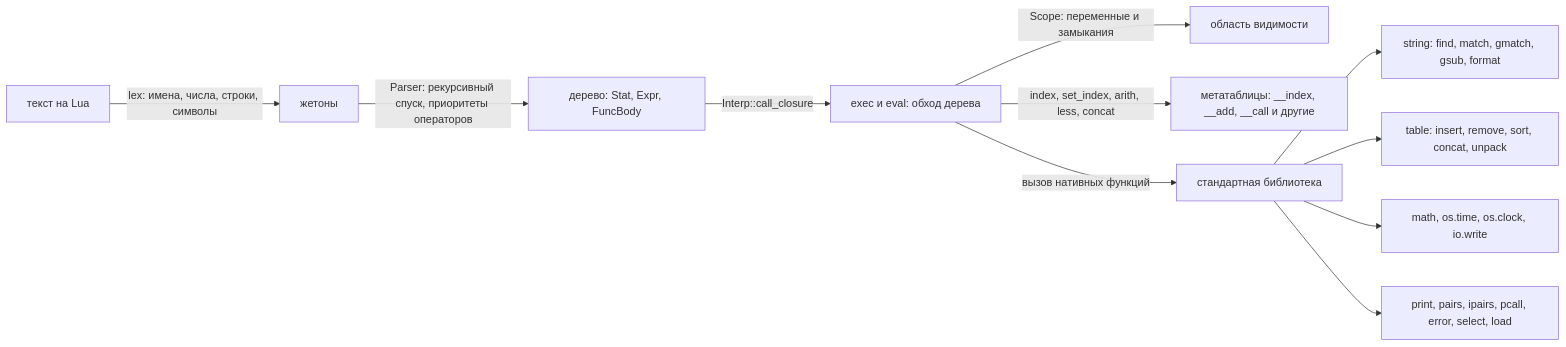
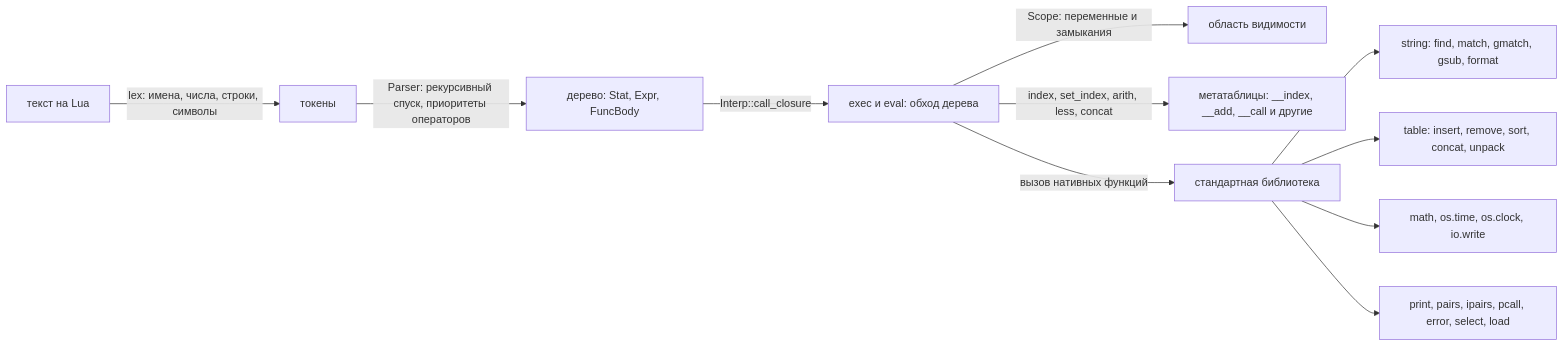
One commit to loki5512344ss/SummumOS changed diagram 17 of 40 in чертежи.md. Above: the diagram before and after it, drawn with Mermaid. The commit also changed other lines of this file and 40 other files, not shown here.

````diff
--- a/чертежи.md
+++ b/чертежи.md
@@ -417,13 +422,13 @@
 ```mermaid
 graph LR
-    text["текст на Lua"] -->|"lex: имена, числа, строки, символы"| toks["жетоны"]
+    text["текст на Lua"] -->|"lex: имена, числа, строки, символы"| toks["токены"]
     toks -->|"Parser: рекурсивный спуск, приоритеты операторов"| ast["дерево: Stat, Expr, FuncBody"]
     ast -->|"Interp::call_closure"| exec["exec и eval: обход дерева"]
     exec -->|"Scope: переменные и замыкания"| env["область видимости"]
     exec -->|"index, set_index, arith, less, concat"| meta["метатаблицы: __index, __add, __call и другие"]
     exec -->|"вызов нативных функций"| lib["стандартная библиотека"]
     lib --> str["string: find, match, gmatch, gsub, format"]
     lib --> tbl["table: insert, remove, sort, concat, unpack"]
     lib --> mth["math, os.time, os.clock, io.write"]
     lib --> bas["print, pairs, ipairs, pcall, error, select, load"]
 ```
````
